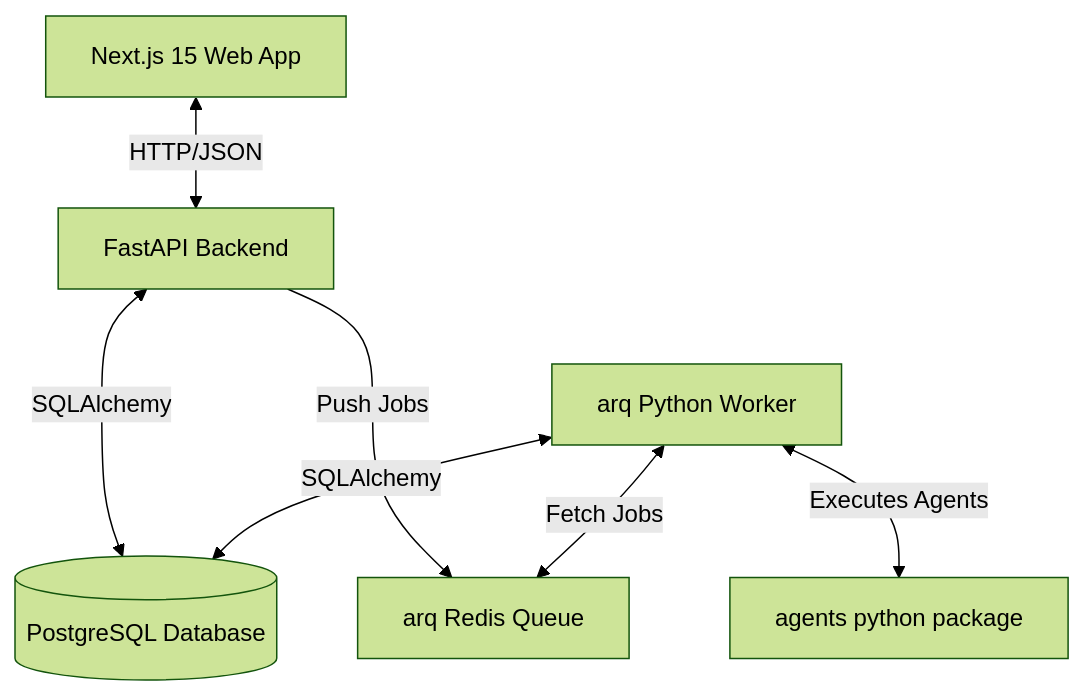
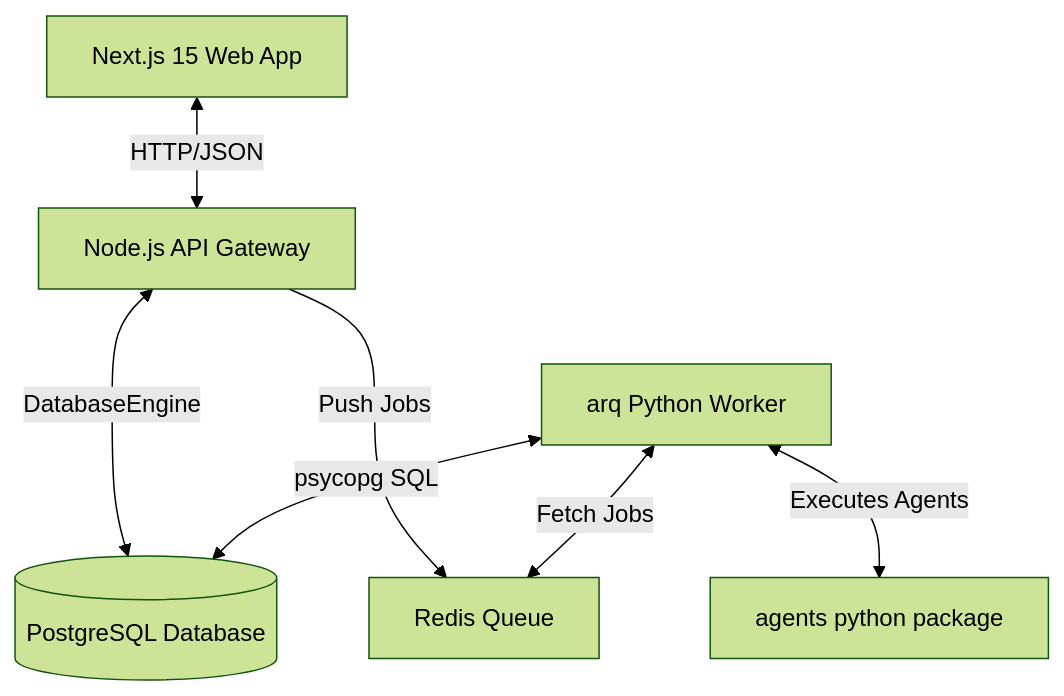
Before and after one commit to dileeppatel74157/shaily-studio: the diagram in README.md, drawn with Mermaid (forest theme). The commit also changed other lines of this file and 14 other files, not shown here.

Commit message:
refactor: unify backend architecture, remove FastAPI skeleton, and fix database validation

````diff
--- a/README.md
+++ b/README.md
@@ -11,9 +11,9 @@
 ```mermaid
 graph TD
-    Client[Next.js 15 Web App] <-->|HTTP/JSON| API[FastAPI Backend]
-    API <-->|SQLAlchemy| DB[(PostgreSQL Database)]
-    API --->|Push Jobs| Queue[arq Redis Queue]
+    Client[Next.js 15 Web App] <-->|HTTP/JSON| API[Node.js API Gateway]
+    API <-->|DatabaseEngine| DB[(PostgreSQL Database)]
+    API --->|Push Jobs| Queue[Redis Queue]
     Worker[arq Python Worker] <-->|Fetch Jobs| Queue
     Worker <-->|Executes Agents| Agents[agents python package]
-    Worker <-->|SQLAlchemy| DB
+    Worker <-->|psycopg SQL| DB
 ```
````
